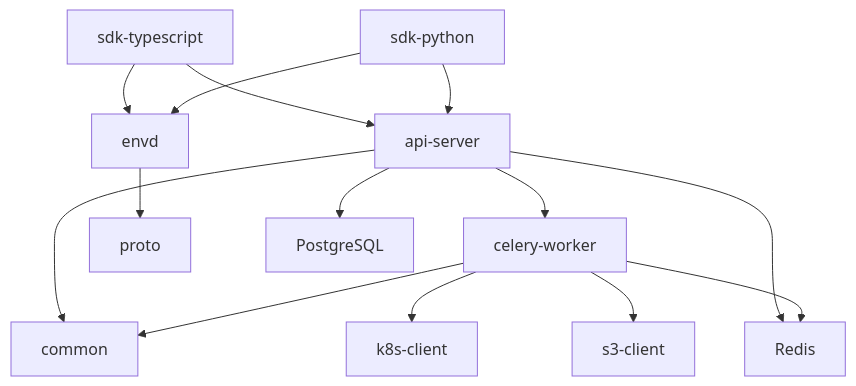
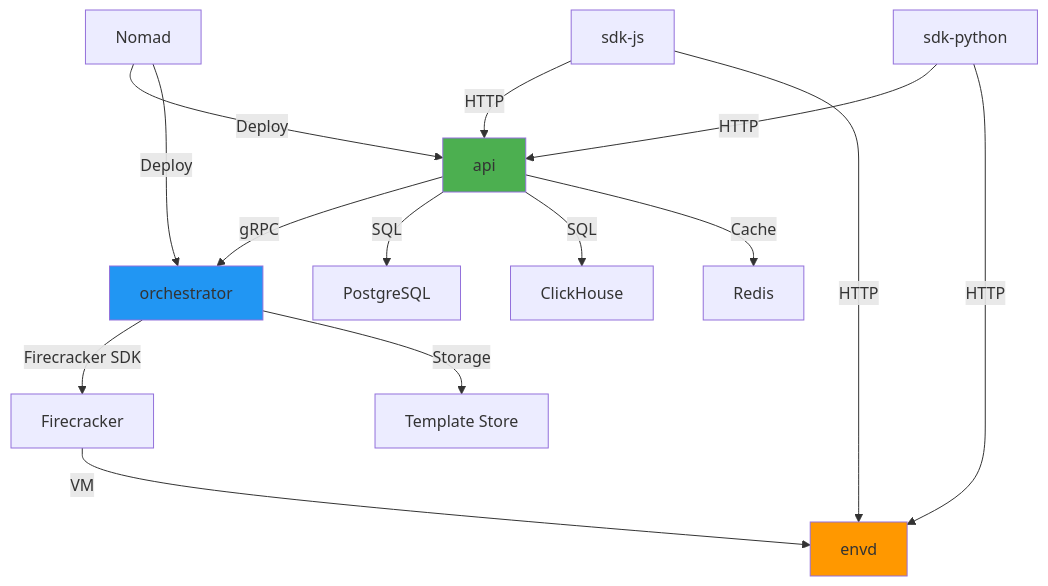
The diagram in docs/design/L5-module-design.md (jackzhang1314/AdNegator), drawn with Mermaid before and after one commit. The commit also changed other lines of this file, not shown here.

First line of the commit message:
docs(L5): MAJOR REWRITE - migrate to E2B Go architecture

````diff
--- a/docs/design/L5-module-design.md
+++ b/docs/design/L5-module-design.md
@@ -470,19 +1273,24 @@
 ```mermaid
 graph TD
-    A[api-server] --> B[celery-worker]
-    A --> C[common]
-    B --> C[common]
-    B --> D[k8s-client]
-    B --> E[s3-client]
+    A[api] -->|gRPC| B[orchestrator]
+    A -->|SQL| C[PostgreSQL]
+    A -->|SQL| D[ClickHouse]
+    A -->|Cache| E[Redis]
 
-    F[envd] --> G[proto]
+    B -->|Firecracker SDK| F[Firecracker]
+    B -->|Storage| G[Template Store]
 
-    H[sdk-typescript] --> A
-    H --> F
-    I[sdk-python] --> A
-    I --> F
+    F -->|VM| H[envd]
 
-    A --> J[PostgreSQL]
-    A --> K[Redis]
-    B --> K[Redis]
+    I[sdk-js] -->|HTTP| A
+    I -->|HTTP| H
+    J[sdk-python] -->|HTTP| A
+    J -->|HTTP| H
+
+    K[Nomad] -->|Deploy| A
+    K -->|Deploy| B
+
+    style A fill:#4CAF50
+    style B fill:#2196F3
+    style H fill:#FF9800
 ```
````
